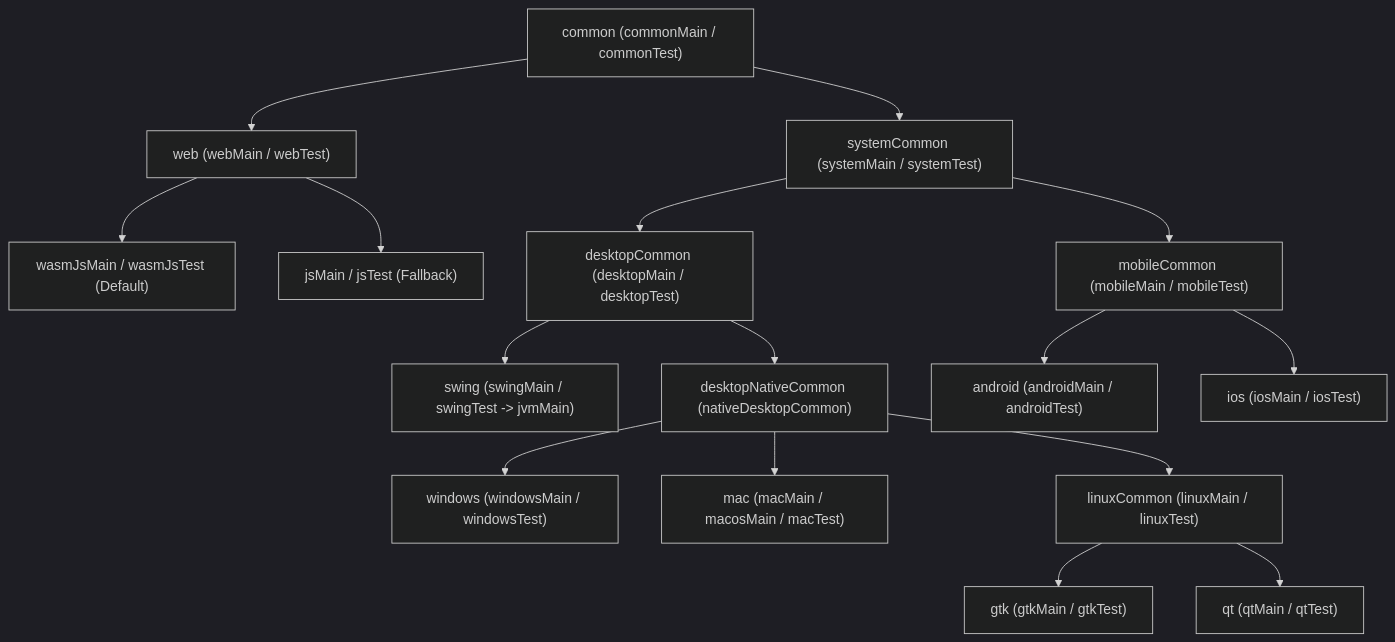
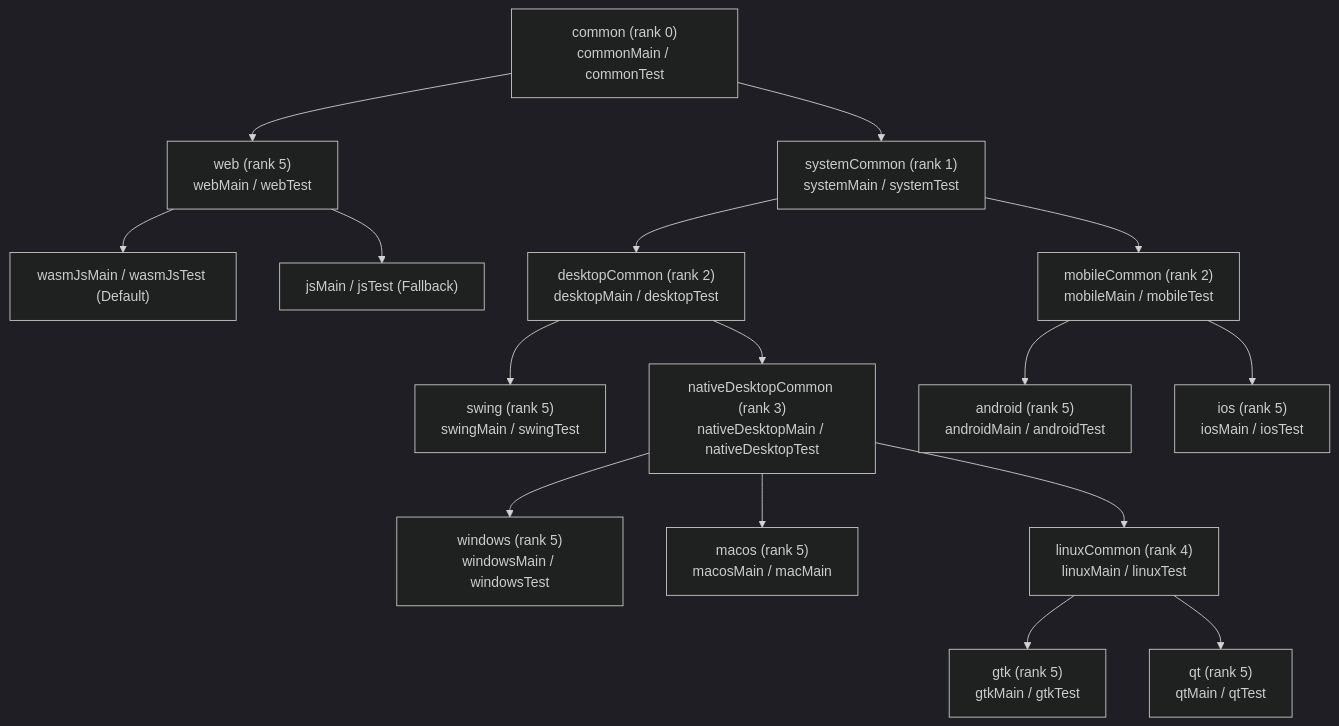
Before and after one commit to GenericUI/GenericUI: the diagram in docs/sourcesets.md, drawn with Mermaid (dark theme). The commit also changed other lines of this file and 177 other files, not shown here.

Commit message:
feat: complete 9-phase single-commonMain architecture, hybrid layout helpers, resource system, and submodule updates

````diff
--- a/docs/sourcesets.md
+++ b/docs/sourcesets.md
@@ -53,35 +35,35 @@
 ```mermaid
 flowchart TD
-    common["common (commonMain / commonTest)"]
-    web["web (webMain / webTest)"]
+    common["common (rank 0)<br/>commonMain / commonTest"]
+    web["web (rank 5)<br/>webMain / webTest"]
     wasmJs["wasmJsMain / wasmJsTest (Default)"]
     js["jsMain / jsTest (Fallback)"]
-    systemCommon["systemCommon (systemMain / systemTest)"]
-    desktopCommon["desktopCommon (desktopMain / desktopTest)"]
-    mobileCommon["mobileCommon (mobileMain / mobileTest)"]
-    swing["swing (swingMain / swingTest -> jvmMain)"]
-    desktopNativeCommon["desktopNativeCommon (nativeDesktopCommon)"]
-    windows["windows (windowsMain / windowsTest)"]
-    mac["mac (macMain / macosMain / macTest)"]
-    linuxCommon["linuxCommon (linuxMain / linuxTest)"]
-    gtk["gtk (gtkMain / gtkTest)"]
-    qt["qt (qtMain / qtTest)"]
-    android["android (androidMain / androidTest)"]
-    ios["ios (iosMain / iosTest)"]
+    systemCommon["systemCommon (rank 1)<br/>systemMain / systemTest"]
+    desktopCommon["desktopCommon (rank 2)<br/>desktopMain / desktopTest"]
+    mobileCommon["mobileCommon (rank 2)<br/>mobileMain / mobileTest"]
+    swing["swing (rank 5)<br/>swingMain / swingTest"]
+    nativeDesktopCommon["nativeDesktopCommon (rank 3)<br/>nativeDesktopMain / nativeDesktopTest"]
+    windows["windows (rank 5)<br/>windowsMain / windowsTest"]
+    macos["macos (rank 5)<br/>macosMain / macMain"]
+    linuxCommon["linuxCommon (rank 4)<br/>linuxMain / linuxTest"]
+    gtk["gtk (rank 5)<br/>gtkMain / gtkTest"]
+    qt["qt (rank 5)<br/>qtMain / qtTest"]
+    android["android (rank 5)<br/>androidMain / androidTest"]
+    ios["ios (rank 5)<br/>iosMain / iosTest"]
 
     common --> web
     web --> wasmJs
     web --> js
     common --> systemCommon
     systemCommon --> desktopCommon
     systemCommon --> mobileCommon
     desktopCommon --> swing
-    desktopCommon --> desktopNativeCommon
-    desktopNativeCommon --> windows
-    desktopNativeCommon --> mac
-    desktopNativeCommon --> linuxCommon
+    desktopCommon --> nativeDesktopCommon
+    nativeDesktopCommon --> windows
+    nativeDesktopCommon --> macos
+    nativeDesktopCommon --> linuxCommon
     linuxCommon --> gtk
     linuxCommon --> qt
     mobileCommon --> android
     mobileCommon --> ios
 ```
````
